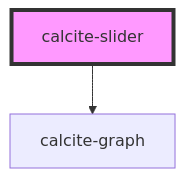
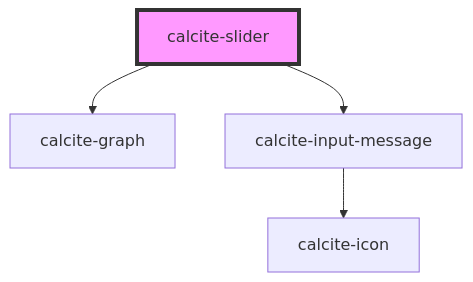
Before and after one commit to Esri/calcite-design-system: the diagram in packages/calcite-components/src/components/slider/readme.md, drawn with Mermaid. The commit also changed other lines of this file and 25 other files, not shown here.

````diff
--- a/packages/calcite-components/src/components/slider/readme.md
+++ b/packages/calcite-components/src/components/slider/readme.md
@@ -64,5 +69,7 @@
 ```mermaid
 graph TD;
   calcite-slider --> calcite-graph
+  calcite-slider --> calcite-input-message
+  calcite-input-message --> calcite-icon
   style calcite-slider fill:#f9f,stroke:#333,stroke-width:4px
 ```
````
